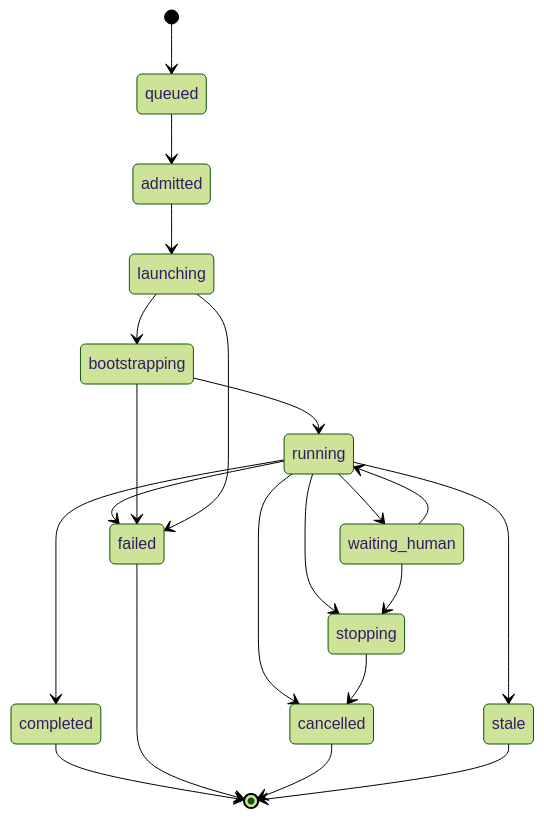
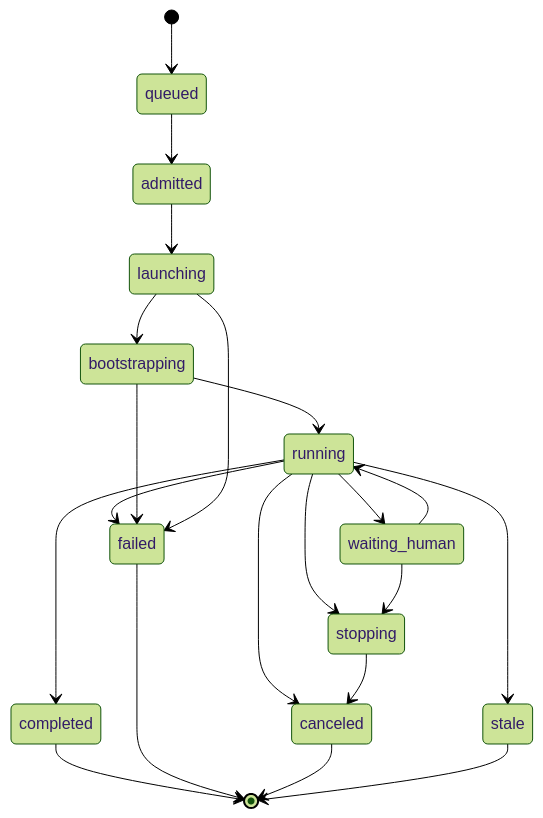
The fifth of 5 diagrams in docs/architecture.md (kimballh/orqestrate), drawn with Mermaid (forest theme) before and after one commit. The commit also changed other lines of this file and 13 other files, not shown here.

````diff
--- a/docs/architecture.md
+++ b/docs/architecture.md
@@ -557,23 +558,23 @@
 ```mermaid
 stateDiagram-v2
   [*] --> queued
   queued --> admitted
   admitted --> launching
   launching --> bootstrapping
   bootstrapping --> running
   running --> waiting_human
   waiting_human --> running
   running --> stopping
   waiting_human --> stopping
   running --> completed
   running --> failed
-  running --> cancelled
+  running --> canceled
   running --> stale
   bootstrapping --> failed
   launching --> failed
-  stopping --> cancelled
+  stopping --> canceled
   completed --> [*]
   failed --> [*]
-  cancelled --> [*]
+  canceled --> [*]
   stale --> [*]
 ```
````
